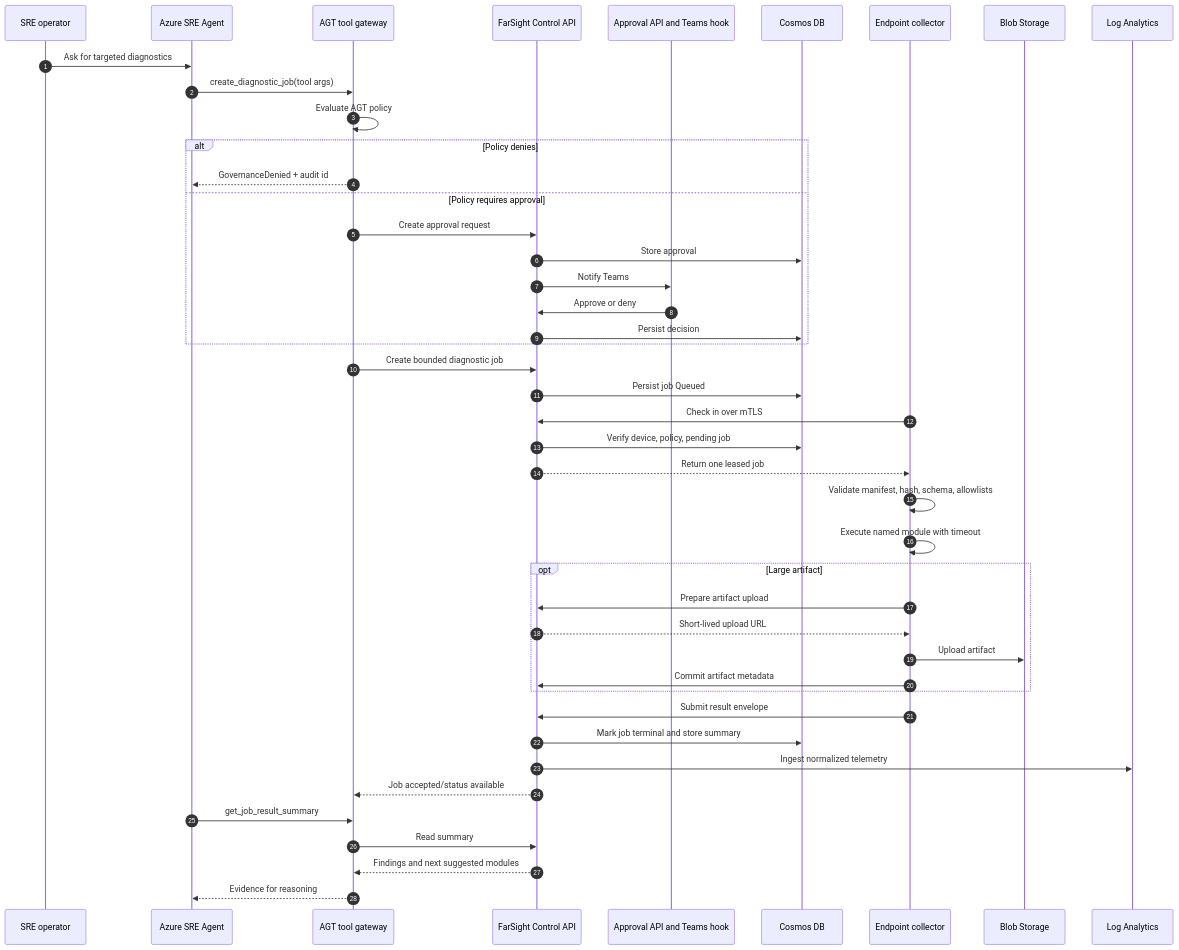
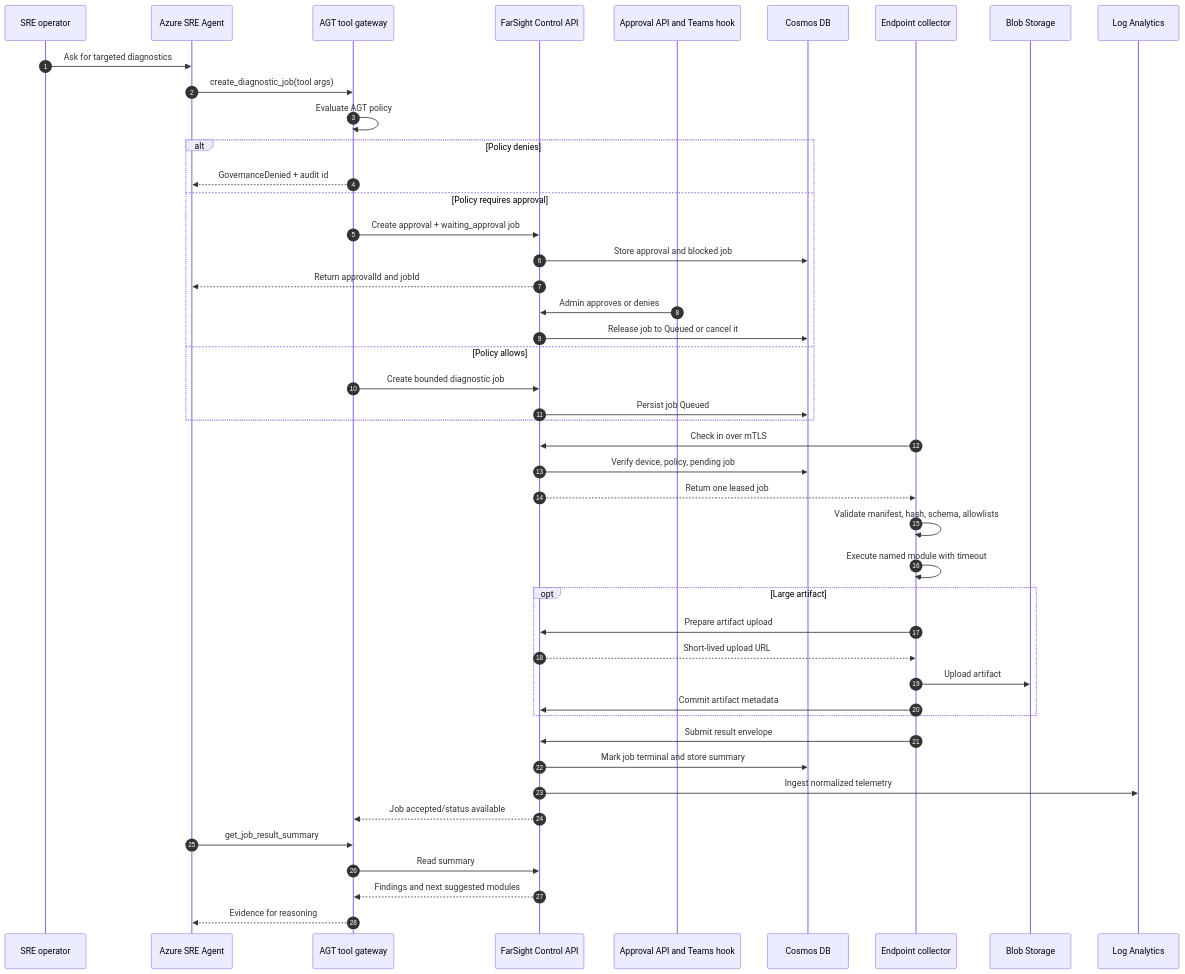
One commit to MikeCer/agent-azure-farsight changed the second of 7 diagrams in docs/architecture/architecture-diagrams.md. Above: the diagram before and after it, drawn with Mermaid. The commit also changed 25 other files, not shown here.

First line of the commit message:
feat: Enhance job approval workflow and introduce admin approval endpoints

````diff
--- a/docs/architecture/architecture-diagrams.md
+++ b/docs/architecture/architecture-diagrams.md
@@ -57,47 +57,48 @@
 ```mermaid
 sequenceDiagram
     autonumber
     participant Op as SRE operator
     participant SRE as Azure SRE Agent
     participant AGT as AGT tool gateway
     participant API as FarSight Control API
     participant Approvals as Approval API and Teams hook
     participant Cosmos as Cosmos DB
     participant Collector as Endpoint collector
     participant Blob as Blob Storage
     participant LA as Log Analytics
 
     Op->>SRE: Ask for targeted diagnostics
     SRE->>AGT: create_diagnostic_job(tool args)
     AGT->>AGT: Evaluate AGT policy
     alt Policy denies
         AGT-->>SRE: GovernanceDenied + audit id
     else Policy requires approval
-        AGT->>API: Create approval request
-        API->>Cosmos: Store approval
-        API->>Approvals: Notify Teams
-        Approvals->>API: Approve or deny
-        API->>Cosmos: Persist decision
+        AGT->>API: Create approval + waiting_approval job
+        API->>Cosmos: Store approval and blocked job
+        API-->>SRE: Return approvalId and jobId
+        Approvals->>API: Admin approves or denies
+        API->>Cosmos: Release job to Queued or cancel it
+    else Policy allows
+        AGT->>API: Create bounded diagnostic job
+        API->>Cosmos: Persist job Queued
     end
-    AGT->>API: Create bounded diagnostic job
-    API->>Cosmos: Persist job Queued
     Collector->>API: Check in over mTLS
     API->>Cosmos: Verify device, policy, pending job
     API-->>Collector: Return one leased job
     Collector->>Collector: Validate manifest, hash, schema, allowlists
     Collector->>Collector: Execute named module with timeout
     opt Large artifact
         Collector->>API: Prepare artifact upload
         API-->>Collector: Short-lived upload URL
         Collector->>Blob: Upload artifact
         Collector->>API: Commit artifact metadata
     end
     Collector->>API: Submit result envelope
     API->>Cosmos: Mark job terminal and store summary
     API->>LA: Ingest normalized telemetry
     API-->>AGT: Job accepted/status available
     SRE->>AGT: get_job_result_summary
     AGT->>API: Read summary
     API-->>AGT: Findings and next suggested modules
     AGT-->>SRE: Evidence for reasoning
 ```
````
